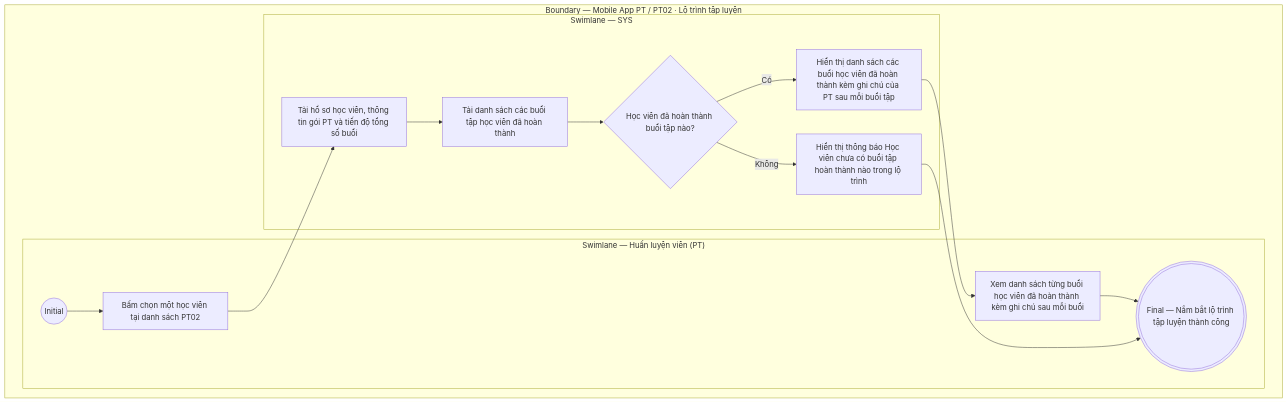
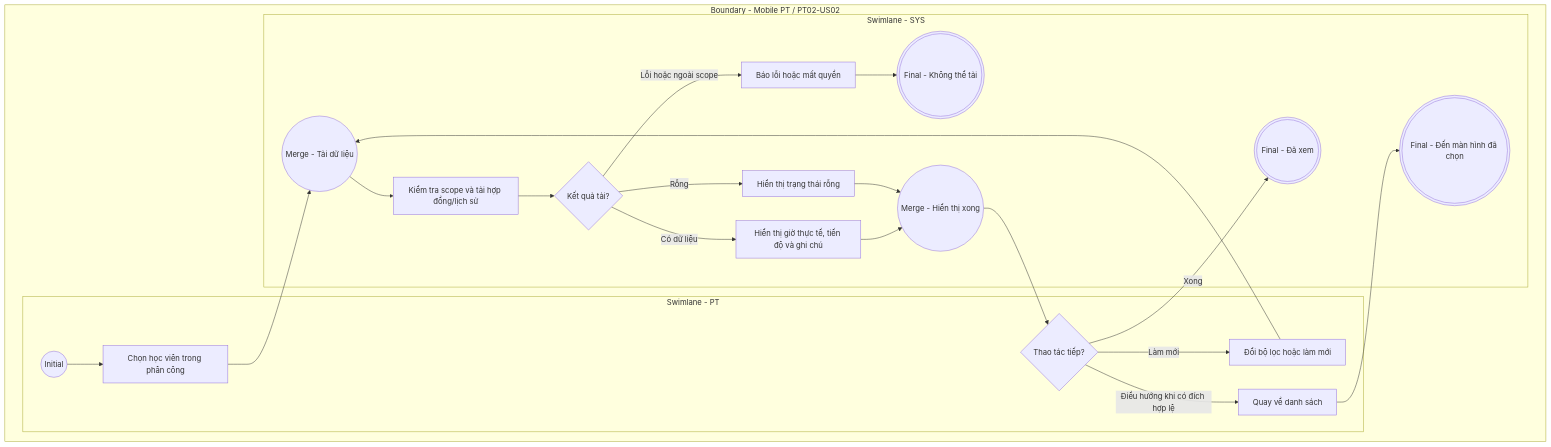
The diagram in docs/user-stories/pt/PT02-Học viên/PT02-US02-Xem lộ trình và lịch sử tập luyện của học viên.md (ThachY-23120411/Paradise-Gym-v2), drawn with Mermaid before and after one commit. The commit also changed other lines of this file and 2325 other files, not shown here.

````diff
--- a/docs/user-stories/pt/PT02-Học viên/PT02-US02-Xem lộ trình và lịch sử tập luyện của học viên.md
+++ b/docs/user-stories/pt/PT02-Học viên/PT02-US02-Xem lộ trình và lịch sử tập luyện của học viên.md
@@ -47,29 +58,40 @@
 ```mermaid
 flowchart TB
-  subgraph B["Boundary — Mobile App PT / PT02 · Lộ trình tập luyện"]
-    subgraph L0["Swimlane — Huấn luyện viên (PT)"]
-      I01(("Initial"))
-      A01["Bấm chọn một học viên tại danh sách PT02"]
-      A02["Xem danh sách từng buổi học viên đã hoàn thành kèm ghi chú sau mỗi buổi"]
-      F01((("Final — Nắm bắt lộ trình tập luyện thành công")))
+  subgraph B["Boundary - Mobile PT / PT02-US02"]
+    subgraph L0["Swimlane - PT"]
+      I(("Initial"))
+      A["Chọn học viên trong phân công"]
+      D2{"Thao tác tiếp?"}
+      C["Đổi bộ lọc hoặc làm mới"]
+      N["Quay về danh sách"]
     end
-
-    subgraph L1["Swimlane — SYS"]
-      S01["Tải hồ sơ học viên, thông tin gói PT và tiến độ tổng số buổi"]
-      S02["Tải danh sách các buổi tập học viên đã hoàn thành"]
-      D01{"Học viên đã hoàn thành buổi tập nào?"}
-      S03["Hiển thị danh sách các buổi học viên đã hoàn thành kèm ghi chú của PT sau mỗi buổi tập"]
-      E01["Hiển thị thông báo Học viên chưa có buổi tập hoàn thành nào trong lộ trình"]
-
-      I01 --> A01
-      A01 --> S01
-      S01 --> S02
-      S02 --> D01
-      D01 -- "Có" --> S03
-      S03 --> A02
-      A02 --> F01
-      D01 -- "Không" --> E01
-      E01 --> F01
+    subgraph L1["Swimlane - SYS"]
+      M(("Merge - Tải dữ liệu"))
+      S["Kiểm tra scope và tải hợp đồng/lịch sử"]
+      D{"Kết quả tải?"}
+      E["Báo lỗi hoặc mất quyền"]
+      FE((("Final - Không thể tải")))
+      EMP["Hiển thị trạng thái rỗng"]
+      V["Hiển thị giờ thực tế, tiến độ và ghi chú"]
+      MV(("Merge - Hiển thị xong"))
+      F((("Final - Đã xem")))
+      FN((("Final - Đến màn hình đã chọn")))
     end
+    I --> A
+    A --> M
+    C --> M
+    M --> S
+    S --> D
+    D -->|Lỗi hoặc ngoài scope| E
+    E --> FE
+    D -->|Rỗng| EMP
+    D -->|Có dữ liệu| V
+    EMP --> MV
+    V --> MV
+    MV --> D2
+    D2 -->|Làm mới| C
+    D2 -->|Điều hướng khi có đích hợp lệ| N
+    N --> FN
+    D2 -->|Xong| F
   end
 ```
````
